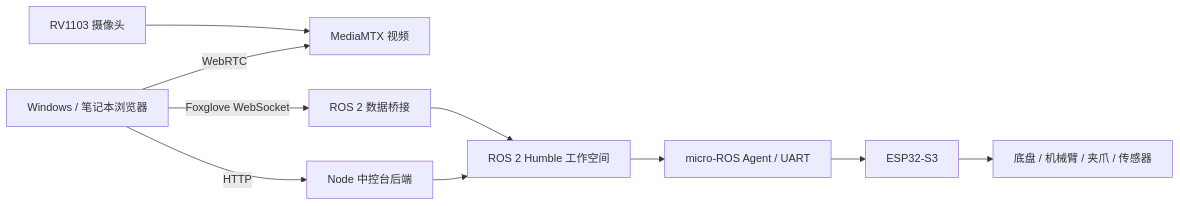
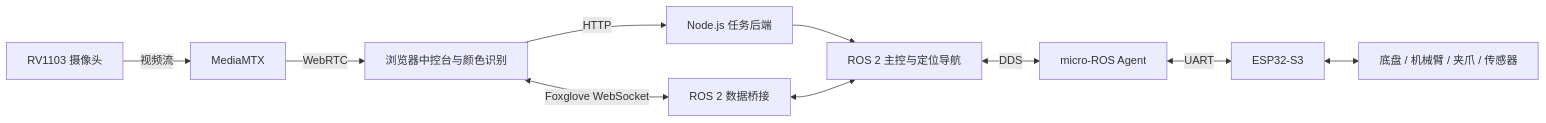
Before and after one commit to xiaoStarlight/ros2-arm-car: the diagram in README.md, drawn with Mermaid. The commit also changed other lines of this file and 1 other file, not shown here.

````diff
--- a/README.md
+++ b/README.md
@@ -87,12 +66,12 @@
 ```mermaid
 flowchart LR
-    UI[Windows / 笔记本浏览器] -->|WebRTC| Video[MediaMTX 视频]
-    Camera[RV1103 摄像头] --> Video
-    UI -->|Foxglove WebSocket| Bridge[ROS 2 数据桥接]
-    UI -->|HTTP| Backend[Node 中控台后端]
-    Backend --> ROS[ROS 2 Humble 工作空间]
-    Bridge --> ROS
-    ROS --> Agent[micro-ROS Agent / UART]
-    Agent --> ESP[ESP32-S3]
-    ESP --> Hardware[底盘 / 机械臂 / 夹爪 / 传感器]
+    Camera[RV1103 摄像头] -->|视频流| Media[MediaMTX]
+    Media -->|WebRTC| Browser[浏览器中控台与颜色识别]
+    Browser -->|HTTP| Backend[Node.js 任务后端]
+    Browser <-->|Foxglove WebSocket| Bridge[ROS 2 数据桥接]
+    Backend --> ROS[ROS 2 主控与定位导航]
+    Bridge <--> ROS
+    ROS <-->|DDS| Agent[micro-ROS Agent]
+    Agent <-->|UART| MCU[ESP32-S3]
+    MCU <--> Hardware[底盘 / 机械臂 / 夹爪 / 传感器]
 ```
````
